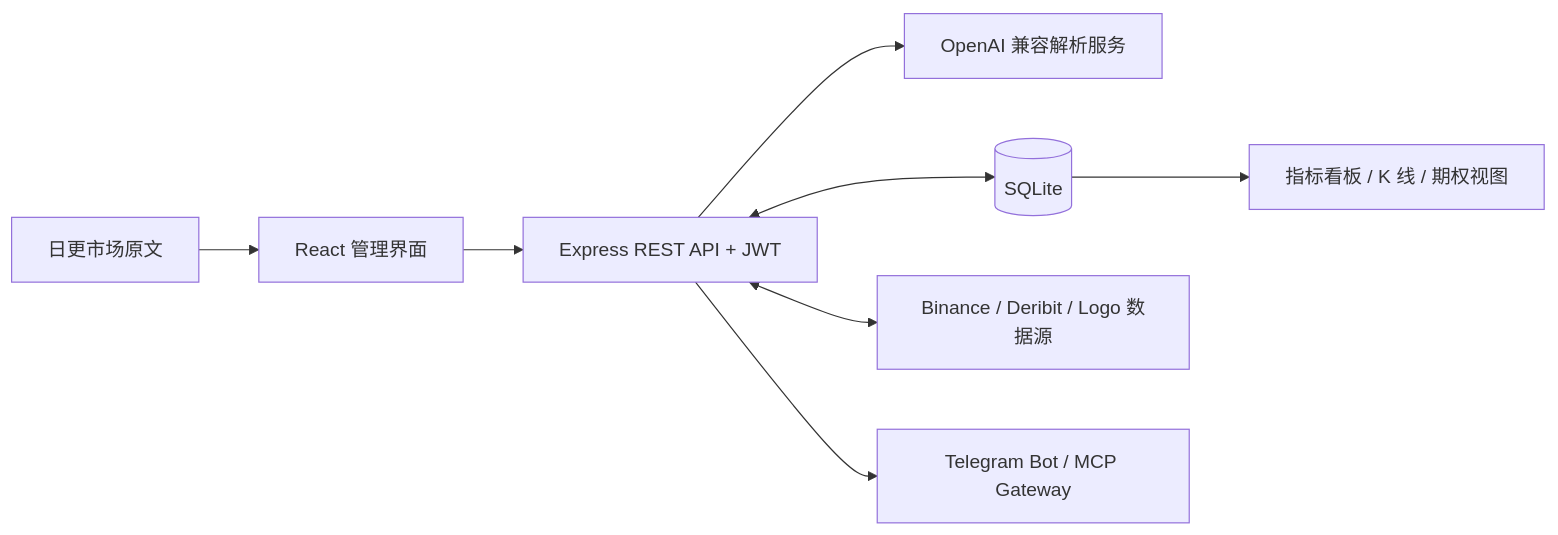
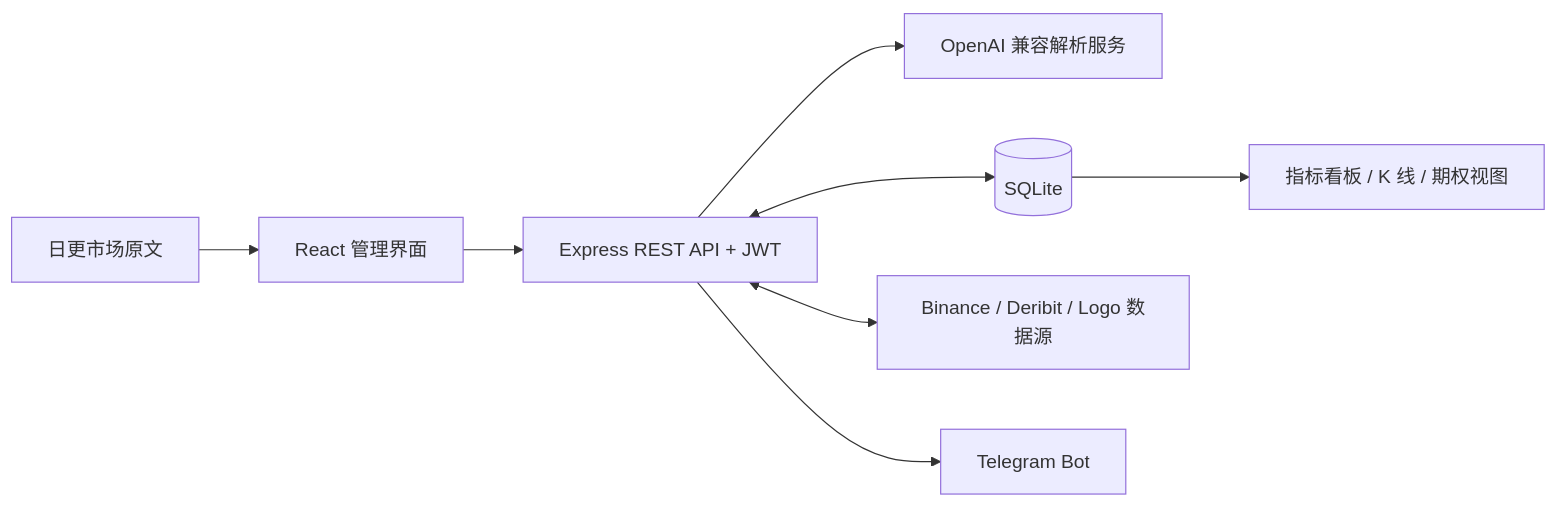
Before and after one commit to Linon419/crypto-metrics-dashboard: the diagram in README.zh-CN.md, drawn with Mermaid. The commit also changed other lines of this file and 12 other files, not shown here.

First line of the commit message:
refactor(mcp)!: 移除 HTTP MCP Gateway

````diff
--- a/README.zh-CN.md
+++ b/README.zh-CN.md
@@ -54,10 +54,10 @@
 ```mermaid
 flowchart LR
     Input["日更市场原文"] --> UI["React 管理界面"]
     UI --> API["Express REST API + JWT"]
     API --> Parser["OpenAI 兼容解析服务"]
     API <--> DB[(SQLite)]
     API <--> Market["Binance / Deribit / Logo 数据源"]
     DB --> Views["指标看板 / K 线 / 期权视图"]
-    API --> Integrations["Telegram Bot / MCP Gateway"]
+    API --> Integrations["Telegram Bot"]
 ```
````
